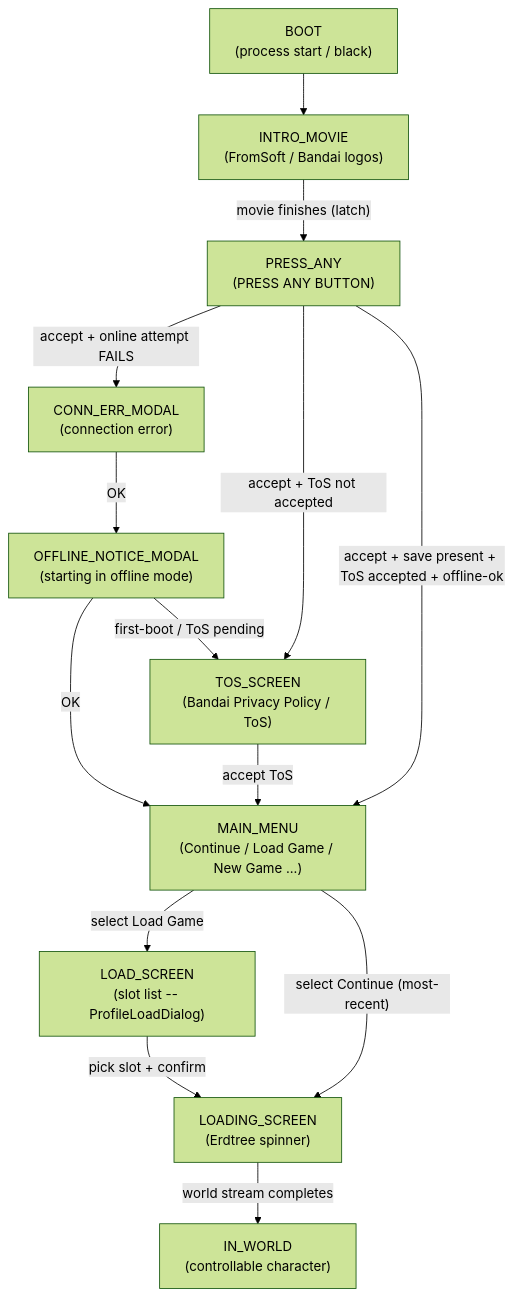
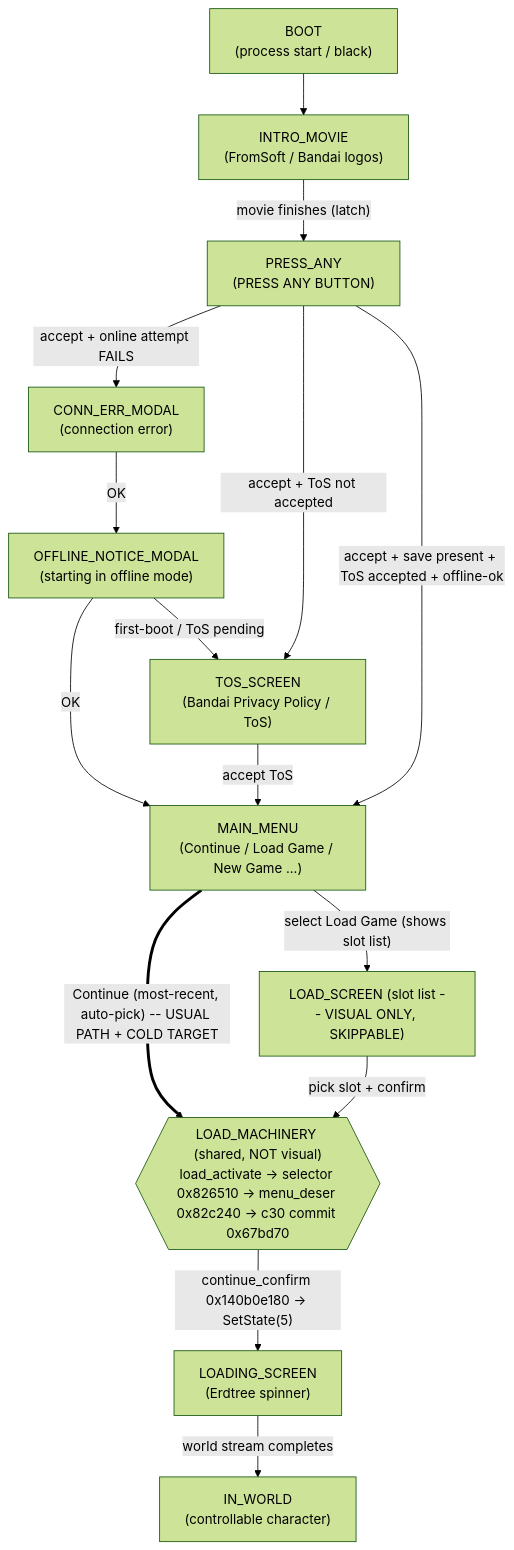
The diagram in docs/menu-state-dag.md (Banon-Labs/er-effects-rs), drawn with Mermaid (forest theme) before and after one commit. The commit also changed other lines of this file, not shown here.

First line of the commit message:
docs(dag): Continue is the path — split visual LOAD_SCREEN from shared LOAD_MACHINERY

````diff
--- a/docs/menu-state-dag.md
+++ b/docs/menu-state-dag.md
@@ -14,27 +14,29 @@
 ```mermaid
 flowchart TD
     BOOT["BOOT<br/>(process start / black)"]
     INTRO["INTRO_MOVIE<br/>(FromSoft / Bandai logos)"]
     PRESS["PRESS_ANY<br/>(PRESS ANY BUTTON)"]
     CONN["CONN_ERR_MODAL<br/>(connection error)"]
     OFFNOTE["OFFLINE_NOTICE_MODAL<br/>(starting in offline mode)"]
     TOS["TOS_SCREEN<br/>(Bandai Privacy Policy / ToS)"]
     MAIN["MAIN_MENU<br/>(Continue / Load Game / New Game ...)"]
-    LOAD["LOAD_SCREEN<br/>(slot list -- ProfileLoadDialog)"]
+    LOADSCR["LOAD_SCREEN (slot list -- VISUAL ONLY, SKIPPABLE)"]
+    MACH{{"LOAD_MACHINERY (shared, NOT visual)<br/>load_activate -> selector 0x826510 -> menu_deser 0x82c240 -> c30 commit 0x67bd70"}}
     LOADING["LOADING_SCREEN<br/>(Erdtree spinner)"]
     WORLD["IN_WORLD<br/>(controllable character)"]
 
     BOOT --> INTRO
     INTRO -->|"movie finishes (latch)"| PRESS
     PRESS -->|"accept + online attempt FAILS"| CONN
     PRESS -->|"accept + ToS not accepted"| TOS
     PRESS -->|"accept + save present + ToS accepted + offline-ok"| MAIN
     CONN -->|"OK"| OFFNOTE
     OFFNOTE -->|"OK"| MAIN
     OFFNOTE -->|"first-boot / ToS pending"| TOS
     TOS -->|"accept ToS"| MAIN
-    MAIN -->|"select Load Game"| LOAD
-    MAIN -->|"select Continue (most-recent)"| LOADING
-    LOAD -->|"pick slot + confirm"| LOADING
+    MAIN ==>|"Continue (most-recent, auto-pick) -- USUAL PATH + COLD TARGET"| MACH
+    MAIN -->|"select Load Game (shows slot list)"| LOADSCR
+    LOADSCR -->|"pick slot + confirm"| MACH
+    MACH -->|"continue_confirm 0x140b0e180 -> SetState(5)"| LOADING
     LOADING -->|"world stream completes"| WORLD
 ```
````
